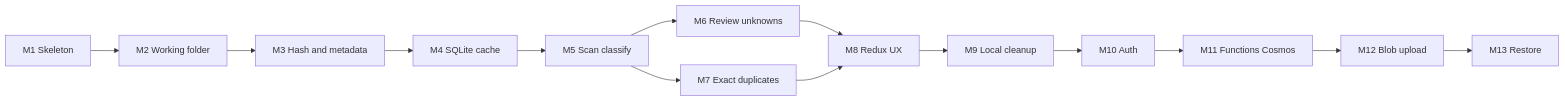
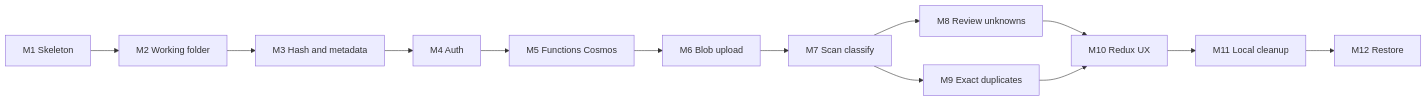
Before and after one commit to digillent/yaadein: the second of 2 diagrams in ROADMAP.md, drawn with Mermaid. The commit also changed other lines of this file and 4 other files, not shown here.

First line of the commit message:
Rewrite roadmap for Cosmos-first decisions and accept-after-upload.

````diff
--- a/ROADMAP.md
+++ b/ROADMAP.md
@@ -308,16 +268,15 @@
 ```mermaid
 flowchart LR
   M1[M1 Skeleton] --> M2[M2 Working folder]
   M2 --> M3[M3 Hash and metadata]
-  M3 --> M4[M4 SQLite cache]
-  M4 --> M5[M5 Scan classify]
-  M5 --> M6[M6 Review unknowns]
-  M5 --> M7[M7 Exact duplicates]
-  M6 --> M8[M8 Redux UX]
-  M7 --> M8
-  M8 --> M9[M9 Local cleanup]
-  M9 --> M10[M10 Auth]
-  M10 --> M11[M11 Functions Cosmos]
-  M11 --> M12[M12 Blob upload]
-  M12 --> M13[M13 Restore]
+  M3 --> M4[M4 Auth]
+  M4 --> M5[M5 Functions Cosmos]
+  M5 --> M6[M6 Blob upload]
+  M6 --> M7[M7 Scan classify]
+  M7 --> M8[M8 Review unknowns]
+  M7 --> M9[M9 Exact duplicates]
+  M8 --> M10[M10 Redux UX]
+  M9 --> M10
+  M10 --> M11[M11 Local cleanup]
+  M11 --> M12[M12 Restore]
 ```
````
